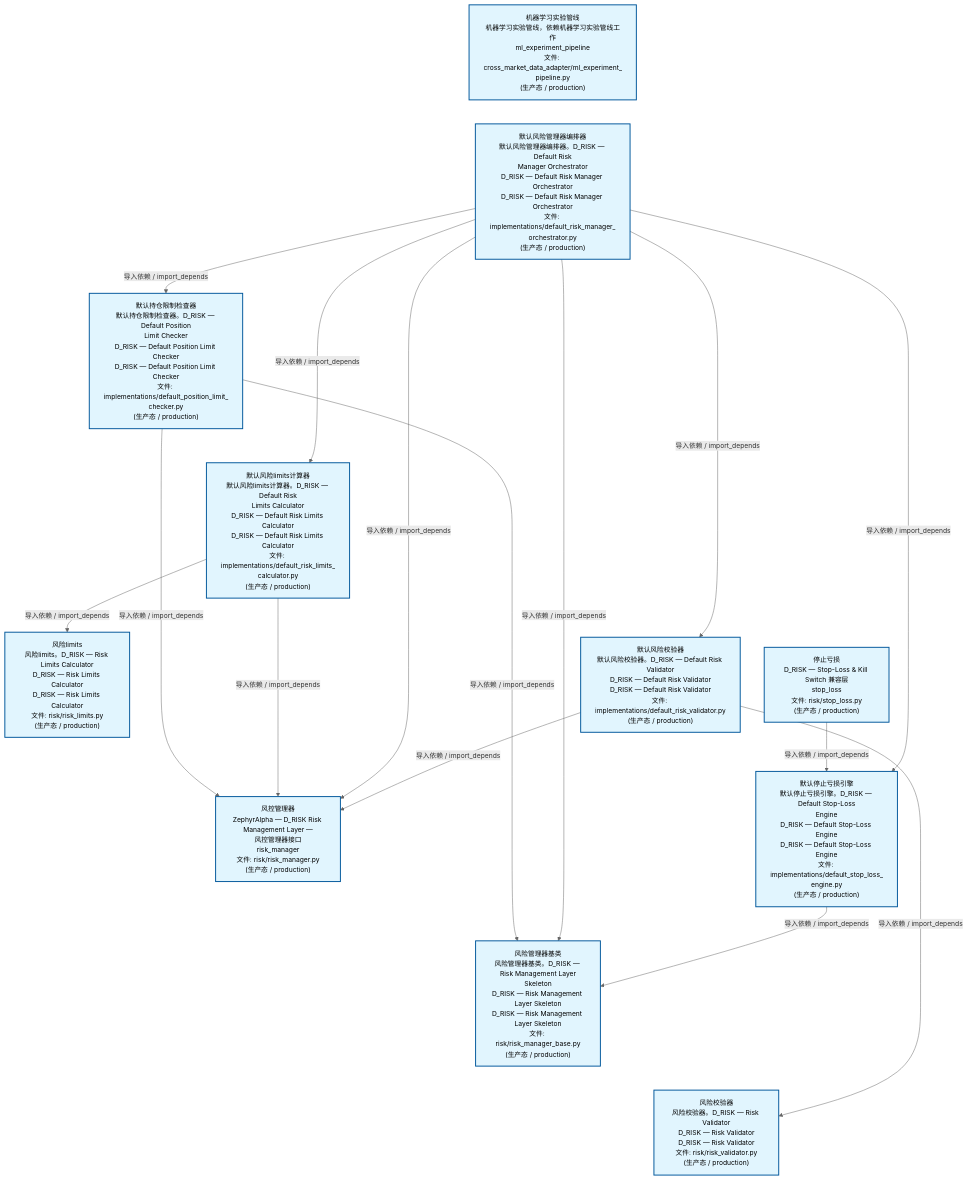
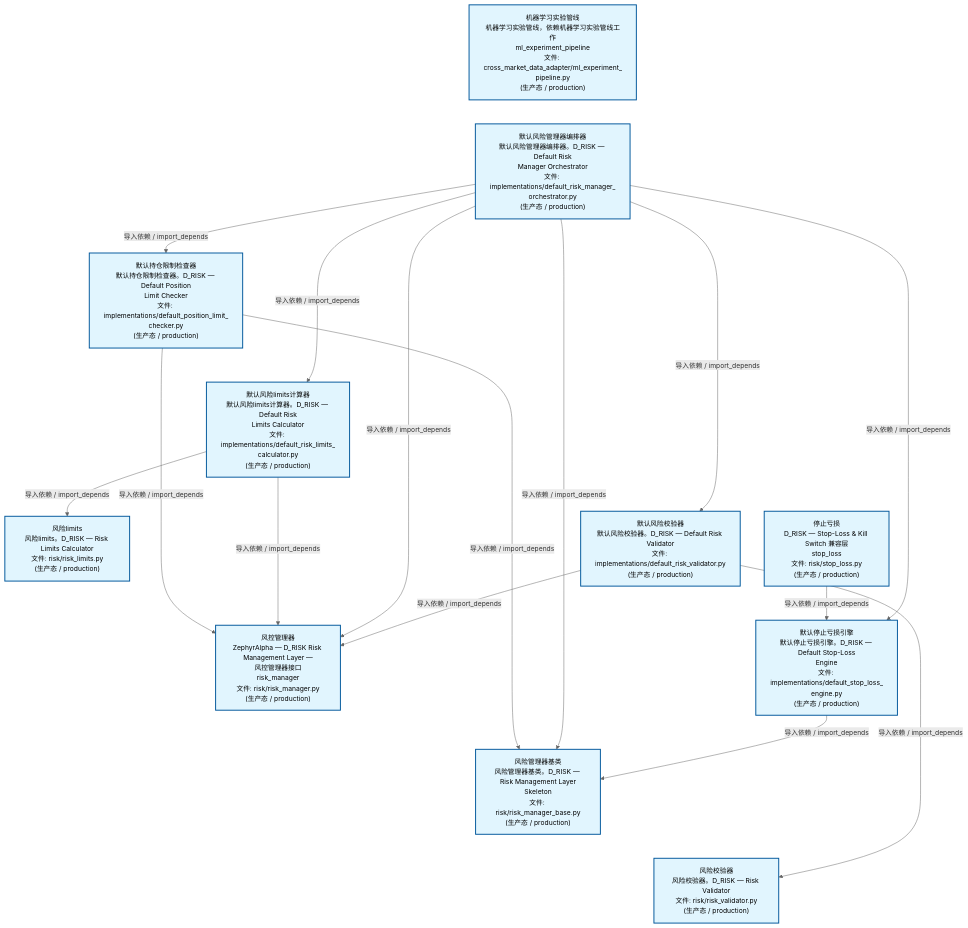
Before and after one commit to xuanFelixVan/ZephyrAlpha: the second of 4 diagrams in docs/02_enterprise_architecture/02_domain_architecture_docs/65_d_risk.md, drawn with Mermaid. The commit also changed other lines of this file and 60 other files, not shown here.

````diff
--- a/docs/02_enterprise_architecture/02_domain_architecture_docs/65_d_risk.md
+++ b/docs/02_enterprise_architecture/02_domain_architecture_docs/65_d_risk.md
@@ -136,42 +136,42 @@
 ```mermaid
 %%{init: {'theme': 'base', 'themeVariables': {'primaryColor': '#eaeaea', 'primaryTextColor': '#333333', 'primaryBorderColor': '#666666', 'lineColor': '#666666', 'secondaryColor': '#eaeaea', 'tertiaryColor': '#eaeaea', 'fontSize': '14px'}}}%%
 flowchart TD
     src_zephyr_risk_cross_asset_cross_market_data_adapter_ml_experiment_pipeline_py["机器学习实验管线<br/>机器学习实验管线，依赖机器学习实验管线工作<br/>ml_experiment_pipeline<br/>文件: cross_market_data_adapter/ml_experiment_<br/>pipeline.py<br/>(生产态 / production)"]
-    src_zephyr_risk_implementations_default_risk_manager_orchestrator_py["默认风险管理器编排器<br/>默认风险管理器编排器。D_RISK — Default Risk<br/>Manager Orchestrator<br/>D_RISK — Default Risk Manager Orchestrator<br/>D_RISK — Default Risk Manager Orchestrator<br/>文件: implementations/default_risk_manager_<br/>orchestrator.py<br/>(生产态 / production)"]
+    src_zephyr_risk_implementations_default_risk_manager_orchestrator_py["默认风险管理器编排器<br/>默认风险管理器编排器。D_RISK — Default Risk<br/>Manager Orchestrator<br/>文件: implementations/default_risk_manager_<br/>orchestrator.py<br/>(生产态 / production)"]
     src_zephyr_risk_stop_loss_py["停止亏损<br/>D_RISK — Stop-Loss & Kill Switch 兼容层<br/>stop_loss<br/>文件: risk/stop_loss.py<br/>(生产态 / production)"]
     src_zephyr_risk_cross_asset_cross_market_data_adapter_ml_experiment_pipeline_py ~~~ src_zephyr_risk_implementations_default_risk_manager_orchestrator_py
     src_zephyr_risk_implementations_default_risk_manager_orchestrator_py ~~~ src_zephyr_risk_stop_loss_py
-    src_zephyr_risk_implementations_default_position_limit_checker_py["默认持仓限制检查器<br/>默认持仓限制检查器。D_RISK — Default Position<br/>Limit Checker<br/>D_RISK — Default Position Limit Checker<br/>D_RISK — Default Position Limit Checker<br/>文件: implementations/default_position_limit_<br/>checker.py<br/>(生产态 / production)"]
-    src_zephyr_risk_implementations_default_risk_limits_calculator_py["默认风险limits计算器<br/>默认风险limits计算器。D_RISK — Default Risk<br/>Limits Calculator<br/>D_RISK — Default Risk Limits Calculator<br/>D_RISK — Default Risk Limits Calculator<br/>文件: implementations/default_risk_limits_<br/>calculator.py<br/>(生产态 / production)"]
-    src_zephyr_risk_implementations_default_risk_validator_py["默认风险校验器<br/>默认风险校验器。D_RISK — Default Risk Validator<br/>D_RISK — Default Risk Validator<br/>D_RISK — Default Risk Validator<br/>文件: implementations/default_risk_validator.py<br/>(生产态 / production)"]
-    src_zephyr_risk_implementations_default_stop_loss_engine_py["默认停止亏损引擎<br/>默认停止亏损引擎。D_RISK — Default Stop-Loss<br/>Engine<br/>D_RISK — Default Stop-Loss Engine<br/>D_RISK — Default Stop-Loss Engine<br/>文件: implementations/default_stop_loss_<br/>engine.py<br/>(生产态 / production)"]
+    src_zephyr_risk_implementations_default_position_limit_checker_py["默认持仓限制检查器<br/>默认持仓限制检查器。D_RISK — Default Position<br/>Limit Checker<br/>文件: implementations/default_position_limit_<br/>checker.py<br/>(生产态 / production)"]
+    src_zephyr_risk_implementations_default_risk_limits_calculator_py["默认风险limits计算器<br/>默认风险limits计算器。D_RISK — Default Risk<br/>Limits Calculator<br/>文件: implementations/default_risk_limits_<br/>calculator.py<br/>(生产态 / production)"]
+    src_zephyr_risk_implementations_default_risk_validator_py["默认风险校验器<br/>默认风险校验器。D_RISK — Default Risk Validator<br/>文件: implementations/default_risk_validator.py<br/>(生产态 / production)"]
+    src_zephyr_risk_implementations_default_stop_loss_engine_py["默认停止亏损引擎<br/>默认停止亏损引擎。D_RISK — Default Stop-Loss<br/>Engine<br/>文件: implementations/default_stop_loss_<br/>engine.py<br/>(生产态 / production)"]
     src_zephyr_risk_implementations_default_position_limit_checker_py ~~~ src_zephyr_risk_implementations_default_risk_limits_calculator_py
     src_zephyr_risk_implementations_default_risk_limits_calculator_py ~~~ src_zephyr_risk_implementations_default_risk_validator_py
     src_zephyr_risk_implementations_default_risk_validator_py ~~~ src_zephyr_risk_implementations_default_stop_loss_engine_py
-    src_zephyr_risk_risk_limits_py["风险limits<br/>风险limits。D_RISK — Risk Limits Calculator<br/>D_RISK — Risk Limits Calculator<br/>D_RISK — Risk Limits Calculator<br/>文件: risk/risk_limits.py<br/>(生产态 / production)"]
+    src_zephyr_risk_risk_limits_py["风险limits<br/>风险limits。D_RISK — Risk Limits Calculator<br/>文件: risk/risk_limits.py<br/>(生产态 / production)"]
     src_zephyr_risk_risk_manager_py["风控管理器<br/>ZephyrAlpha — D_RISK Risk Management Layer —<br/>风控管理器接口<br/>risk_manager<br/>文件: risk/risk_manager.py<br/>(生产态 / production)"]
-    src_zephyr_risk_risk_manager_base_py["风险管理器基类<br/>风险管理器基类。D_RISK — Risk Management Layer<br/>Skeleton<br/>D_RISK — Risk Management Layer Skeleton<br/>D_RISK — Risk Management Layer Skeleton<br/>文件: risk/risk_manager_base.py<br/>(生产态 / production)"]
-    src_zephyr_risk_risk_validator_py["风险校验器<br/>风险校验器。D_RISK — Risk Validator<br/>D_RISK — Risk Validator<br/>D_RISK — Risk Validator<br/>文件: risk/risk_validator.py<br/>(生产态 / production)"]
+    src_zephyr_risk_risk_manager_base_py["风险管理器基类<br/>风险管理器基类。D_RISK — Risk Management Layer<br/>Skeleton<br/>文件: risk/risk_manager_base.py<br/>(生产态 / production)"]
+    src_zephyr_risk_risk_validator_py["风险校验器<br/>风险校验器。D_RISK — Risk Validator<br/>文件: risk/risk_validator.py<br/>(生产态 / production)"]
     src_zephyr_risk_risk_limits_py ~~~ src_zephyr_risk_risk_manager_py
     src_zephyr_risk_risk_manager_py ~~~ src_zephyr_risk_risk_manager_base_py
     src_zephyr_risk_risk_manager_base_py ~~~ src_zephyr_risk_risk_validator_py
     src_zephyr_risk_stop_loss_py -->|导入依赖 / import_depends| src_zephyr_risk_implementations_default_stop_loss_engine_py
     src_zephyr_risk_implementations_default_position_limit_checker_py -->|导入依赖 / import_depends| src_zephyr_risk_risk_manager_base_py
     src_zephyr_risk_implementations_default_position_limit_checker_py -->|导入依赖 / import_depends| src_zephyr_risk_risk_manager_py
+    src_zephyr_risk_implementations_default_risk_limits_calculator_py -->|导入依赖 / import_depends| src_zephyr_risk_risk_manager_py
     src_zephyr_risk_implementations_default_risk_limits_calculator_py -->|导入依赖 / import_depends| src_zephyr_risk_risk_limits_py
-    src_zephyr_risk_implementations_default_risk_limits_calculator_py -->|导入依赖 / import_depends| src_zephyr_risk_risk_manager_py
     src_zephyr_risk_implementations_default_risk_manager_orchestrator_py -->|导入依赖 / import_depends| src_zephyr_risk_risk_manager_base_py
     src_zephyr_risk_implementations_default_risk_manager_orchestrator_py -->|导入依赖 / import_depends| src_zephyr_risk_risk_manager_py
     src_zephyr_risk_implementations_default_risk_manager_orchestrator_py -->|导入依赖 / import_depends| src_zephyr_risk_implementations_default_position_limit_checker_py
     src_zephyr_risk_implementations_default_risk_manager_orchestrator_py -->|导入依赖 / import_depends| src_zephyr_risk_implementations_default_risk_limits_calculator_py
     src_zephyr_risk_implementations_default_risk_manager_orchestrator_py -->|导入依赖 / import_depends| src_zephyr_risk_implementations_default_risk_validator_py
     src_zephyr_risk_implementations_default_risk_manager_orchestrator_py -->|导入依赖 / import_depends| src_zephyr_risk_implementations_default_stop_loss_engine_py
+    src_zephyr_risk_implementations_default_risk_validator_py -->|导入依赖 / import_depends| src_zephyr_risk_risk_validator_py
     src_zephyr_risk_implementations_default_risk_validator_py -->|导入依赖 / import_depends| src_zephyr_risk_risk_manager_py
-    src_zephyr_risk_implementations_default_risk_validator_py -->|导入依赖 / import_depends| src_zephyr_risk_risk_validator_py
     src_zephyr_risk_implementations_default_stop_loss_engine_py -->|导入依赖 / import_depends| src_zephyr_risk_risk_manager_base_py
     classDef production fill:#e1f5fe,stroke:#01579b,stroke-width:2px,color:#000
     classDef design fill:#fff3e0,stroke:#e65100,stroke-width:2px,color:#000,stroke-dasharray: 5 5
     classDef external_prod fill:#e8f4fd,stroke:#0277bd,stroke-width:1px,color:#000
     classDef external_design fill:#fff8e7,stroke:#ef6c00,stroke-width:1px,color:#000,stroke-dasharray: 5 5
     class src_zephyr_risk_cross_asset_cross_market_data_adapter_ml_experiment_pipeline_py,src_zephyr_risk_implementations_default_position_limit_checker_py,src_zephyr_risk_implementations_default_risk_limits_calculator_py,src_zephyr_risk_implementations_default_risk_manager_orchestrator_py,src_zephyr_risk_implementations_default_risk_validator_py,src_zephyr_risk_implementations_default_stop_loss_engine_py,src_zephyr_risk_risk_limits_py,src_zephyr_risk_risk_manager_py,src_zephyr_risk_risk_manager_base_py,src_zephyr_risk_risk_validator_py,src_zephyr_risk_stop_loss_py production
 ```
````
